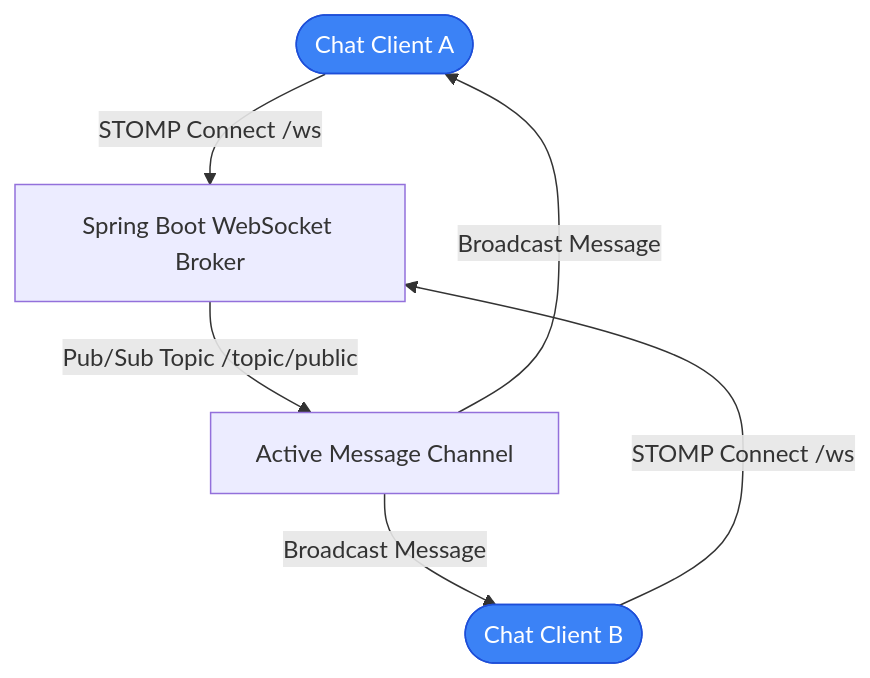
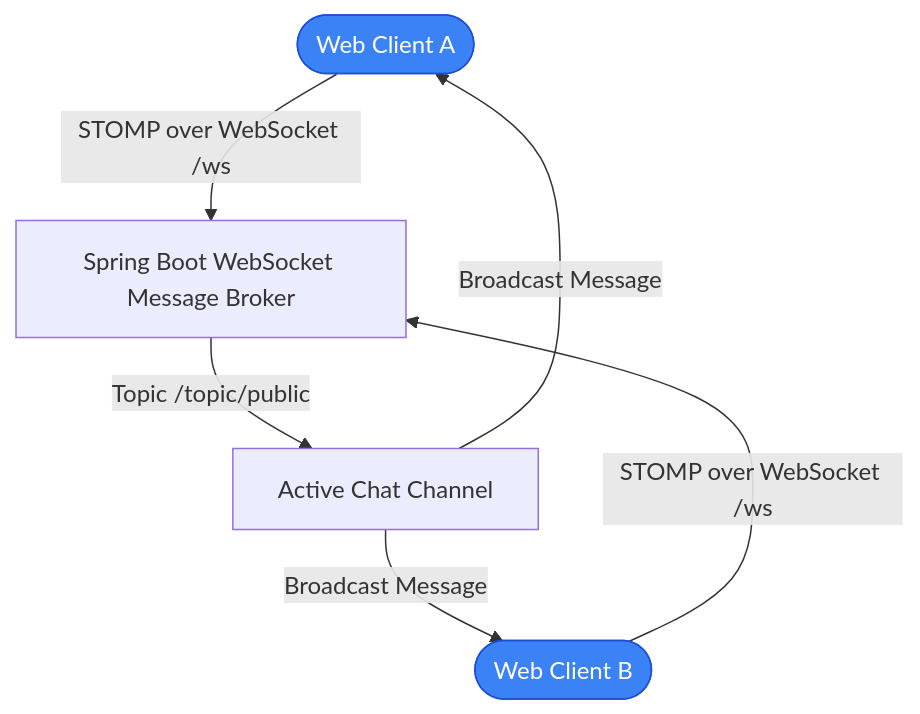
Before and after one commit to StratagemVX/Cloud-AAT: the diagram in README.md, drawn with Mermaid. The commit also changed other lines of this file, not shown here.

````diff
--- a/README.md
+++ b/README.md
@@ -26,10 +31,10 @@
 ```mermaid
 flowchart TD
-    Client1([Chat Client A]):::client -->|STOMP Connect /ws| Broker[Spring Boot WebSocket Broker]
-    Client2([Chat Client B]):::client -->|STOMP Connect /ws| Broker
-    Broker -->|Pub/Sub Topic /topic/public| Channel[Active Message Channel]
-    Channel -->|Broadcast Message| Client1
-    Channel -->|Broadcast Message| Client2
+    ClientA([Web Client A]):::client -->|STOMP over WebSocket /ws| Broker[Spring Boot WebSocket Message Broker]
+    ClientB([Web Client B]):::client -->|STOMP over WebSocket /ws| Broker
+    Broker -->|Topic /topic/public| Channel[Active Chat Channel]
+    Channel -->|Broadcast Message| ClientA
+    Channel -->|Broadcast Message| ClientB
 
     classDef client fill:#3b82f6,stroke:#1d4ed8,color:#fff;
 ```
````
